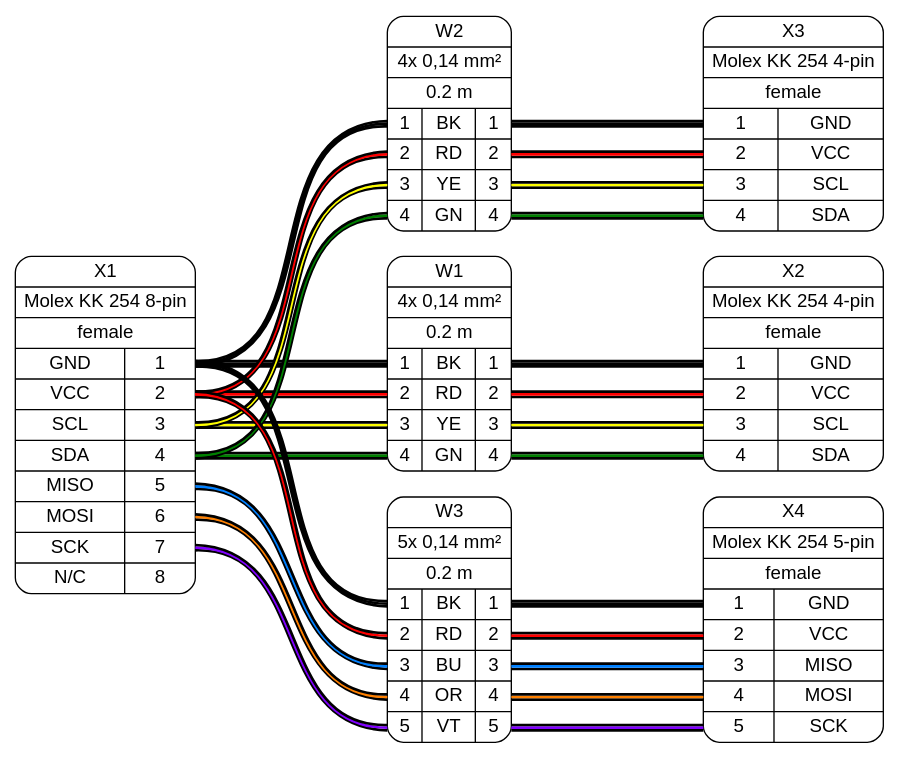
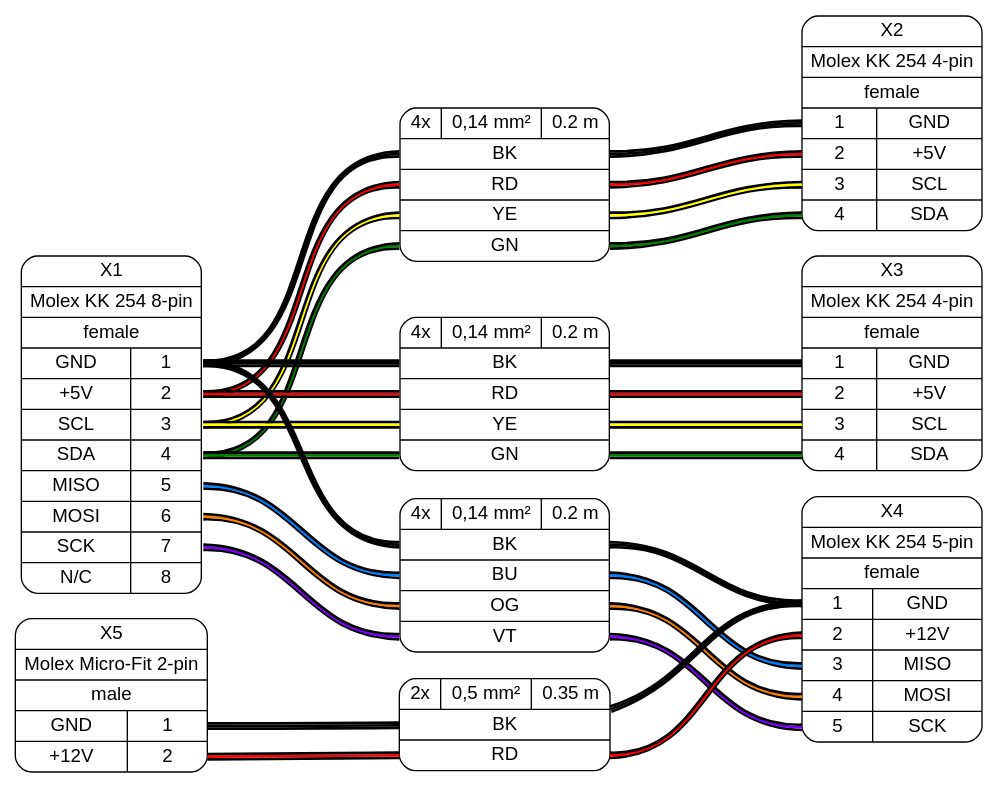
The diagram in idea/example2.dot (wireviz/WireViz), drawn with Graphviz before and after one commit. The commit also changed 1 other file, not shown here.

```diff
--- a/idea/example2.dot
+++ b/idea/example2.dot
@@ -1,47 +1,54 @@
 graph G {
     graph [rankdir = LR, ranksep=2, fontname = "arial"];
     edge [arrowhead=none, fontname = "arial"];
     node [shape=record, style=rounded, fontname = "arial"];
 
-    X1[label="X1 | Molex KK 254 8-pin | female | {{GND|VCC|SCL|SDA|MISO|MOSI|SCK|N/C} | {<p1>1|<p2>2|<p3>3|<p4>4|<p5>5|<p6>6|<p7>7|<p8>8}} "];
-    X2[label="X2 | Molex KK 254 4-pin | female | {{<p1>1|<p2>2|<p3>3|<p4>4} | {GND|VCC|SCL|SDA}}"];
-    X3[label="X3 | Molex KK 254 4-pin | female | {{<p1>1|<p2>2|<p3>3|<p4>4} | {GND|VCC|SCL|SDA}}"];
-    X4[label="X4 | Molex KK 254 5-pin | female | {{<p1>1|<p2>2|<p3>3|<p4>4|<p5>5} | {GND|VCC|MISO|MOSI|SCK}}"];
+    X1[label="X1 | Molex KK 254 8-pin | female | {{GND|+5V|SCL|SDA|MISO|MOSI|SCK|N/C} | {<p1>1|<p2>2|<p3>3|<p4>4|<p5>5|<p6>6|<p7>7|<p8>8}} "];
+    X2[label="X2 | Molex KK 254 4-pin | female | {{<p1>1|<p2>2|<p3>3|<p4>4} | {GND|+5V|SCL|SDA}}"];
+    X3[label="X3 | Molex KK 254 4-pin | female | {{<p1>1|<p2>2|<p3>3|<p4>4} | {GND|+5V|SCL|SDA}}"];
+    X4[label="X4 | Molex KK 254 5-pin | female | {{<p1>1|<p2>2|<p3>3|<p4>4|<p5>5} | {GND|+12V|MISO|MOSI|SCK}}"];
+    X5[label="X5 | Molex Micro-Fit 2-pin | male | {{GND|+12V} | {<p1>1|<p2>2}} "];
 
-    W1[label="W1 | 4x 0,14 mm² | 0.2 m | {{<w1i>1|<w2i>2|<w3i>3|<w4i>4}|{BK|RD|YE|GN}|{<w1o>1|<w2o>2|<w3o>3|<w4o>4}}}"];
-    W2[label="W2 | 4x 0,14 mm² | 0.2 m | {{<w1i>1|<w2i>2|<w3i>3|<w4i>4}|{BK|RD|YE|GN}|{<w1o>1|<w2o>2|<w3o>3|<w4o>4}}}"];
-    W3[label="W3 | 5x 0,14 mm² | 0.2 m | {{<w1i>1|<w2i>2|<w3i>3|<w4i>4|<w5i>5}|{BK|RD|BU|OR|VT}|{<w1o>1|<w2o>2|<w3o>3|<w4o>4|<w5o>5}}}"];
+    W1[label="{4x | 0,14 mm² | 0.2 m} | <w1>BK|<w2>RD|<w3>YE|<w4>GN"];
+    W2[label="{4x | 0,14 mm² | 0.2 m} | <w1>BK|<w2>RD|<w3>YE|<w4>GN"];
+    W3[label="{4x | 0,14 mm² | 0.2 m} | <w1>BK|<w2>BU|<w3>OG|<w4>VT}"];
+    W4[label="{2x | 0,5 mm² | 0.35 m} | <w1>BK|<w2>RD"];
 
     {edge[style=bold]
         // GND
         {edge[color="#000000:#000000:#000000"]
-            X1:p1 -- W1:w1i; W1:w1o -- X2:p1;
-            X1:p1 -- W2:w1i; W2:w1o -- X3:p1;
-            X1:p1 -- W3:w1i; W3:w1o -- X4:p1;
+            X1:p1 -- W1:w1 -- X2:p1;
+            X1:p1 -- W2:w1 -- X3:p1;
+            X1:p1 -- W3:w1 -- X4:p1;
+            X5:p1 -- W4:W1 -- X4:p1;
         }
 
-        // VCC
+        // +5V
         {edge[color="#000000:#ff0000:#000000"]
-            X1:p2 -- W1:w2i; W1:w2o -- X2:p2;
-            X1:p2 -- W2:w2i; W2:w2o -- X3:p2;
-            X1:p2 -- W3:w2i; W3:w2o -- X4:p2;
+            X1:p2 -- W1:w2 -- X2:p2;
+            X1:p2 -- W2:w2 -- X3:p2;
         }
+
+        // +12V
+        {edge[color="#0000:#ff0000:#000000"] X5:p2 -- W4:w2 -- X4:p2; }
 
         // SCL
         {edge[color="#000000:#ffff00:#000000"]
-            X1:p3 -- W1:w3i; W1:w3o -- X2:p3;
-            X1:p3 -- W2:w3i; W2:w3o -- X3:p3;
+            X1:p3 -- W1:w3 -- X2:p3;
+            X1:p3 -- W2:w3 -- X3:p3;
         }
 
         // SDA
         {edge[color="#000000:#008000:#000000"]
-            X1:p4 -- W1:w4i; W1:w4o -- X2:p4;
-            X1:p4 -- W2:w4i; W2:w4o -- X3:p4;
+            X1:p4 -- W1:w4 -- X2:p4;
+            X1:p4 -- W2:w4 -- X3:p4;
         }
 
         // SPI
-        {edge[color="#0000:#0080ff:#000000"] X1:p5 -- W3:w3i; W3:w3o -- X4:p3; }
-        {edge[color="#0000:#ff8000:#000000"] X1:p6 -- W3:w4i; W3:w4o -- X4:p4; }
-        {edge[color="#0000:#8000ff:#000000"] X1:p7 -- W3:w5i; W3:w5o -- X4:p5; }
+        {edge[color="#0000:#0080ff:#000000"] X1:p5 -- W3:w2 -- X4:p3; }
+        {edge[color="#0000:#ff8000:#000000"] X1:p6 -- W3:w3 -- X4:p4; }
+        {edge[color="#0000:#8000ff:#000000"] X1:p7 -- W3:w4 -- X4:p5; }
+
+        // +12V
     }
 }
```
